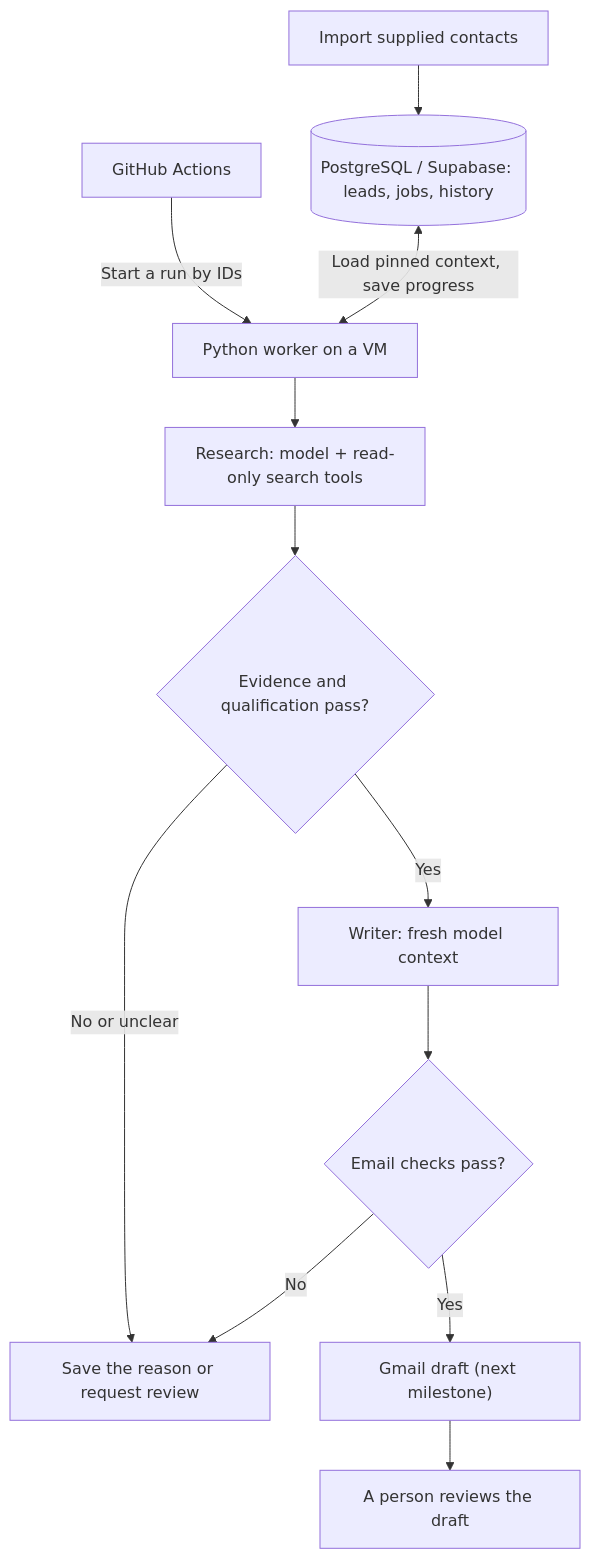
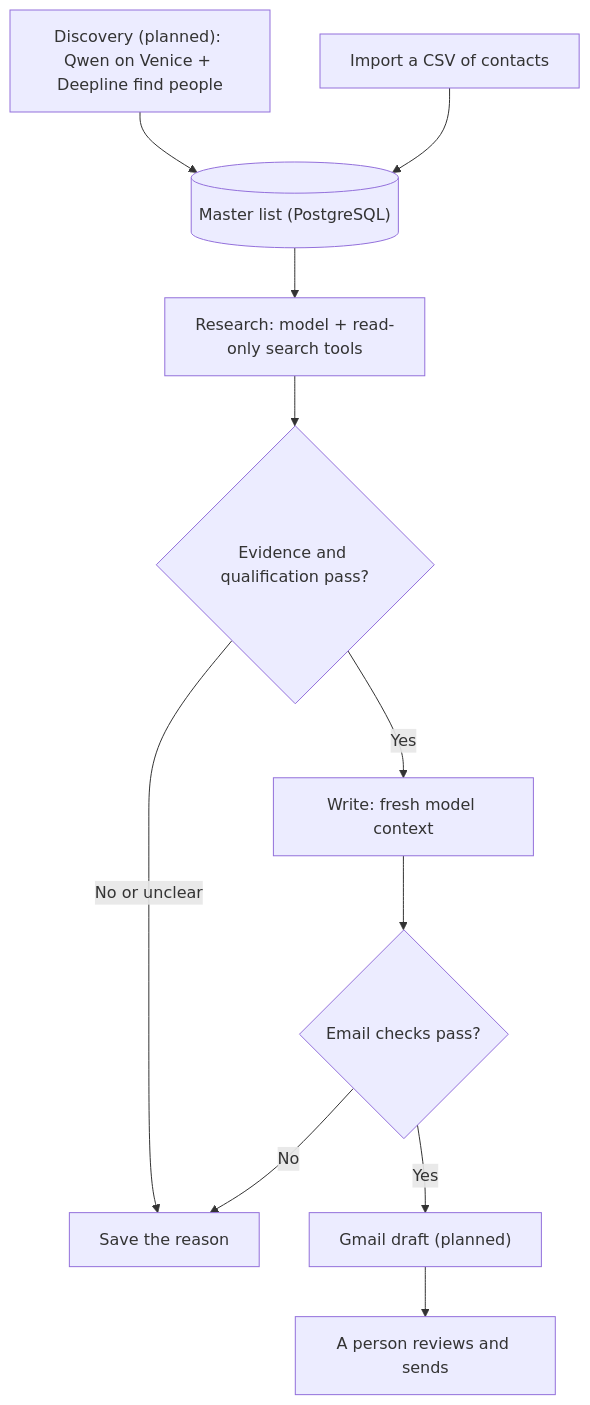
One commit to GSANC10/real-estate-gtm-engine changed the diagram in README.md. Above: the diagram before and after it, drawn with Mermaid. The commit also changed other lines of this file and 40 other files, not shown here.

````diff
--- a/README.md
+++ b/README.md
@@ -16,14 +13,13 @@
 ```mermaid
 flowchart TD
-    I["Import supplied contacts"] --> DB[("PostgreSQL / Supabase: leads, jobs, history")]
-    A["GitHub Actions"] -->|"Start a run by IDs"| W["Python worker on a VM"]
-    DB <-->|"Load pinned context, save progress"| W
-    W --> R["Research: model + read-only search tools"]
+    D["Discovery (planned): Qwen on Venice + Deepline find people"] --> L[("Master list (PostgreSQL)")]
+    I["Import a CSV of contacts"] --> L
+    L --> R["Research: model + read-only search tools"]
     R --> C{"Evidence and qualification pass?"}
-    C -->|"No or unclear"| N["Save the reason or request review"]
-    C -->|"Yes"| T["Writer: fresh model context"]
+    C -->|"No or unclear"| N["Save the reason"]
+    C -->|"Yes"| T["Write: fresh model context"]
     T --> V{"Email checks pass?"}
     V -->|"No"| N
-    V -->|"Yes"| G["Gmail draft (next milestone)"]
-    G --> H["A person reviews the draft"]
+    V -->|"Yes"| G["Gmail draft (planned)"]
+    G --> H["A person reviews and sends"]
 ```
````
